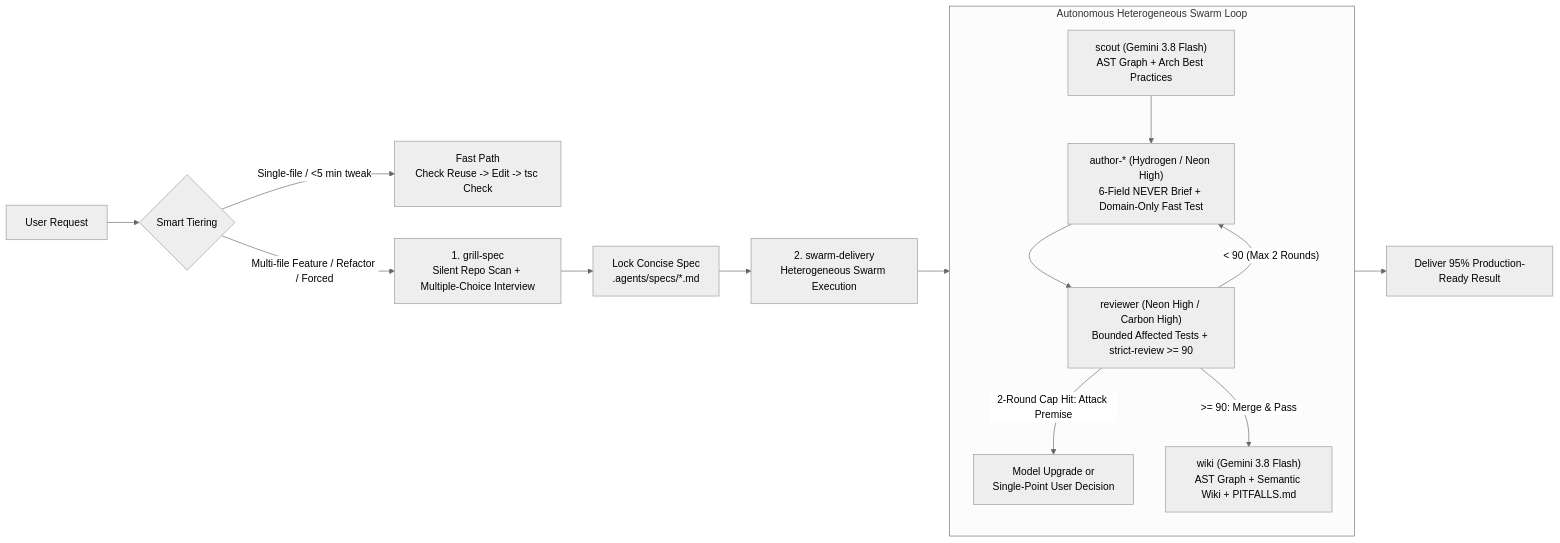
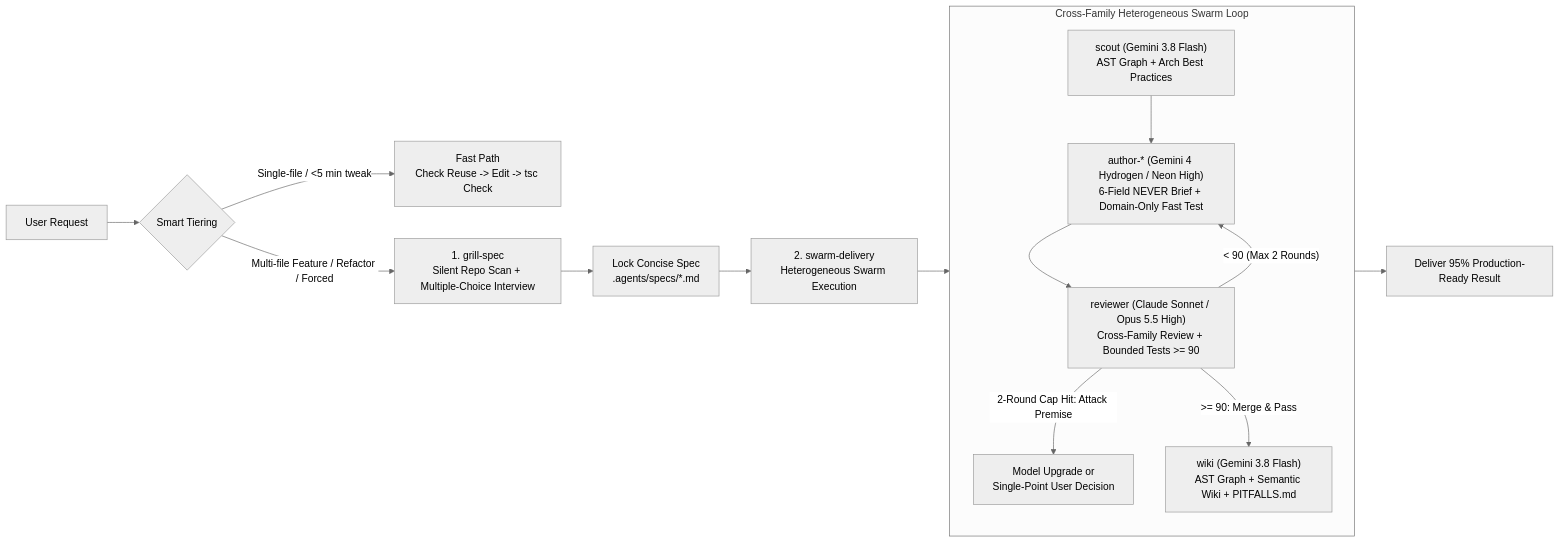
Before and after one commit to MICAHFANG/agy-swarm-forge: the diagram in README.md, drawn with Mermaid (neutral theme). The commit also changed other lines of this file and 5 other files, not shown here.

Commit message:
feat: v1.3.0 — cross-family adversarial review with Claude Sonnet/Opus 5.5

````diff
--- a/README.md
+++ b/README.md
@@ -27,17 +27,17 @@
 ```mermaid
 flowchart LR
   A["User Request"] --> B{"Smart Tiering"}
   B -->|"Single-file / <5 min tweak"| C["Fast Path\nCheck Reuse -> Edit -> tsc Check"]
   B -->|"Multi-file Feature / Refactor / Forced"| D["1. grill-spec\nSilent Repo Scan + Multiple-Choice Interview"]
   D --> E["Lock Concise Spec\n.agents/specs/*.md"]
   E --> F["2. swarm-delivery\nHeterogeneous Swarm Execution"]
-  subgraph Swarm["Autonomous Heterogeneous Swarm Loop"]
-    S1["scout (Gemini 3.8 Flash)\nAST Graph + Arch Best Practices"] --> S2["author-* (Hydrogen / Neon High)\n6-Field NEVER Brief + Domain-Only Fast Test"]
-    S2 --> S3["reviewer (Neon High / Carbon High)\nBounded Affected Tests + strict-review >= 90"]
+  subgraph Swarm["Cross-Family Heterogeneous Swarm Loop"]
+    S1["scout (Gemini 3.8 Flash)\nAST Graph + Arch Best Practices"] --> S2["author-* (Gemini 4 Hydrogen / Neon High)\n6-Field NEVER Brief + Domain-Only Fast Test"]
+    S2 --> S3["reviewer (Claude Sonnet / Opus 5.5 High)\nCross-Family Review + Bounded Tests >= 90"]
     S3 -->|"< 90 (Max 2 Rounds)"| S2
     S3 -->|"2-Round Cap Hit: Attack Premise"| H["Model Upgrade or\nSingle-Point User Decision"]
     S3 -->|">= 90: Merge & Pass"| S4["wiki (Gemini 3.8 Flash)\nAST Graph + Semantic Wiki + PITFALLS.md"]
   end
   F --> Swarm
   Swarm --> G["Deliver 95% Production-Ready Result"]
 ```
````
